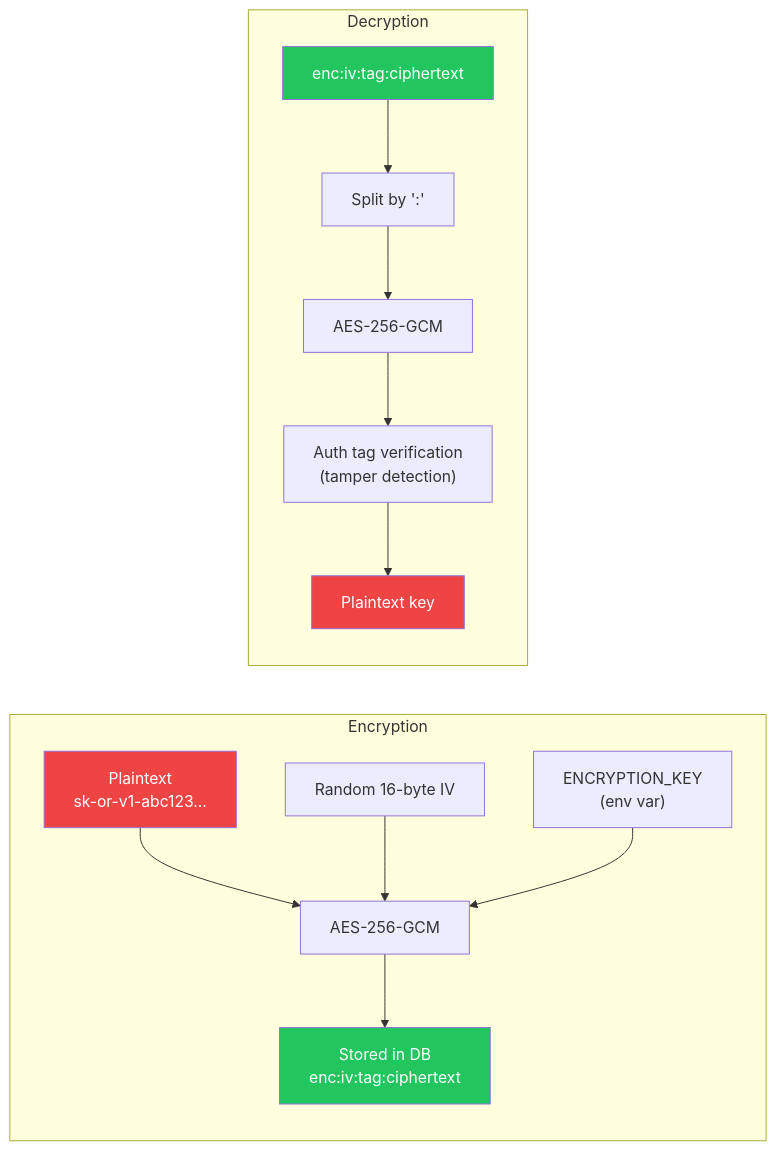
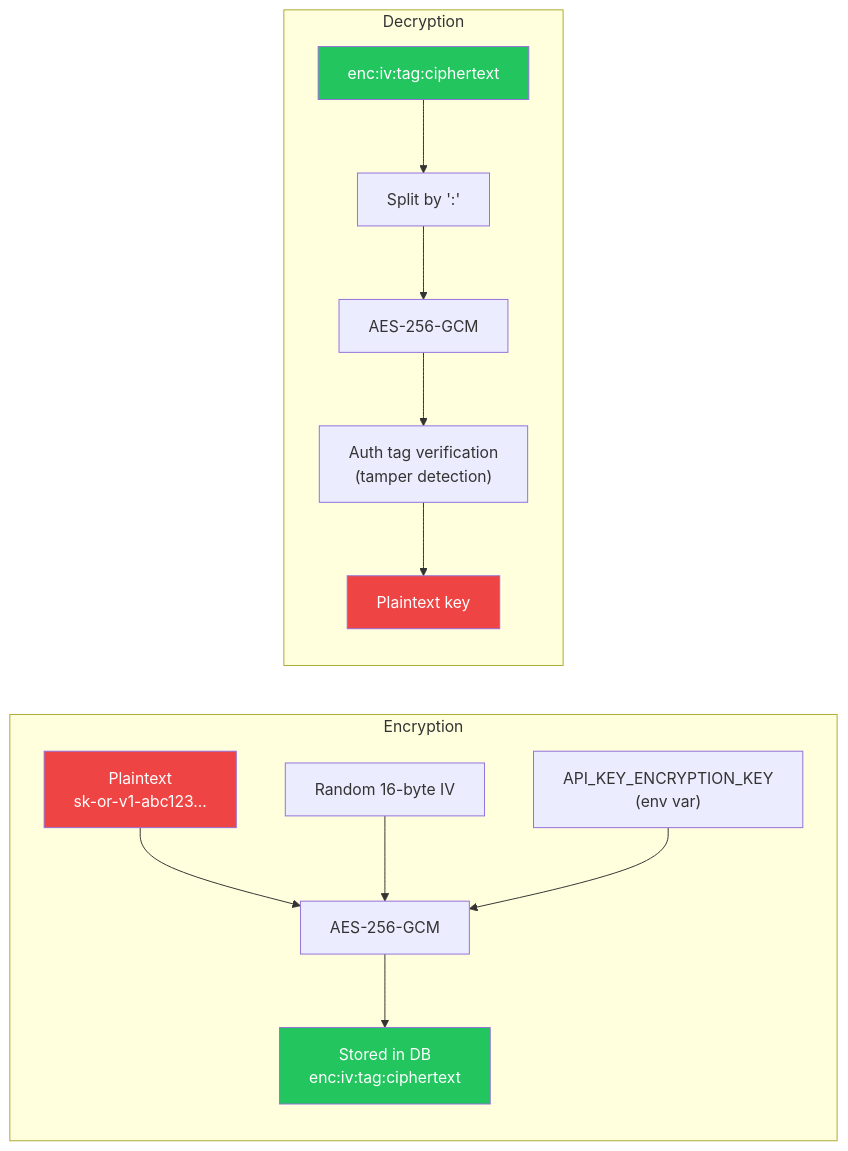
One commit to Bretthb/jarble changed diagram 25 of 31 in DEVELOPER-GUIDE.md. Above: the diagram before and after it, drawn with Mermaid. The commit also changed other lines of this file and 15 other files, not shown here.

````diff
--- a/DEVELOPER-GUIDE.md
+++ b/DEVELOPER-GUIDE.md
@@ -1288,31 +1296,31 @@
 ```mermaid
 graph LR
     subgraph Encrypt["Encryption"]
         PLAIN["Plaintext<br/>sk-or-v1-abc123..."]
         IV["Random 16-byte IV"]
-        KEY["ENCRYPTION_KEY<br/>(env var)"]
+        KEY["API_KEY_ENCRYPTION_KEY<br/>(env var)"]
         AES["AES-256-GCM"]
         STORED["Stored in DB<br/>enc:iv:tag:ciphertext"]
 
         PLAIN --> AES
         IV --> AES
         KEY --> AES
         AES --> STORED
     end
 
     subgraph Decrypt["Decryption"]
         STORED2["enc:iv:tag:ciphertext"]
         SPLIT["Split by ':'"]
         AES2["AES-256-GCM"]
         VERIFY["Auth tag verification<br/>(tamper detection)"]
         RESULT["Plaintext key"]
 
         STORED2 --> SPLIT --> AES2
         AES2 --> VERIFY --> RESULT
     end
 
     style PLAIN fill:#ef4444,color:#fff
     style STORED fill:#22c55e,color:#fff
     style STORED2 fill:#22c55e,color:#fff
     style RESULT fill:#ef4444,color:#fff
 ```
````
